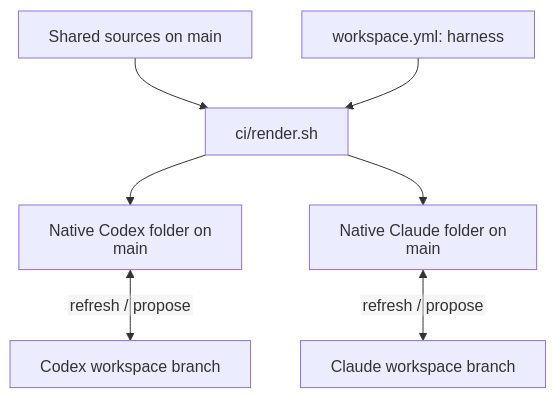
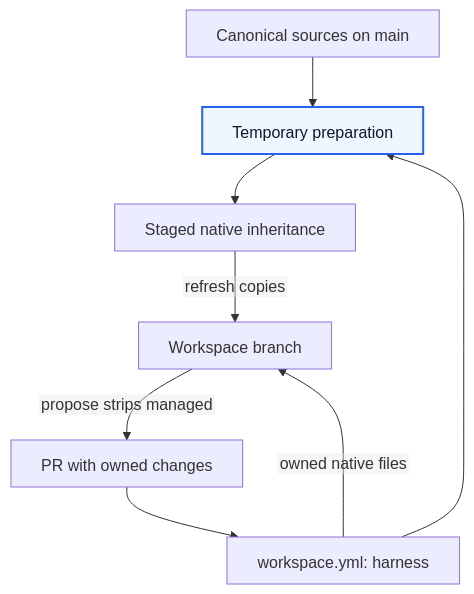
Before and after one commit to Northeastern-Electric-Racing/Delphi: the diagram in docs/design.md, drawn with Mermaid. The commit also changed other lines of this file and 150 other files, not shown here.

````diff
--- a/docs/design.md
+++ b/docs/design.md
@@ -115,15 +115,17 @@
 ```mermaid
 ---
 config:
   htmlLabels: false
   flowchart:
     htmlLabels: false
 ---
 flowchart TD
-    S["Shared sources on main"] --> R["ci/render.sh"]
+    S["Canonical sources on main"] --> R["Temporary preparation"]
     W["workspace.yml: harness"] --> R
-    R --> C["Native Codex folder on main"]
-    R --> A["Native Claude folder on main"]
-    C <-->|"refresh / propose"| CB["Codex workspace branch"]
-    A <-->|"refresh / propose"| AB["Claude workspace branch"]
+    R --> T["Staged native inheritance"]
+    T -->|"refresh copies"| B["Workspace branch"]
+    W -->|"owned native files"| B
+    B -->|"propose strips managed"| P["PR with owned changes"]
+    P --> W
+    style R fill:#eff6ff,stroke:#2563eb,color:#111827,stroke-width:2px
 ```
````
